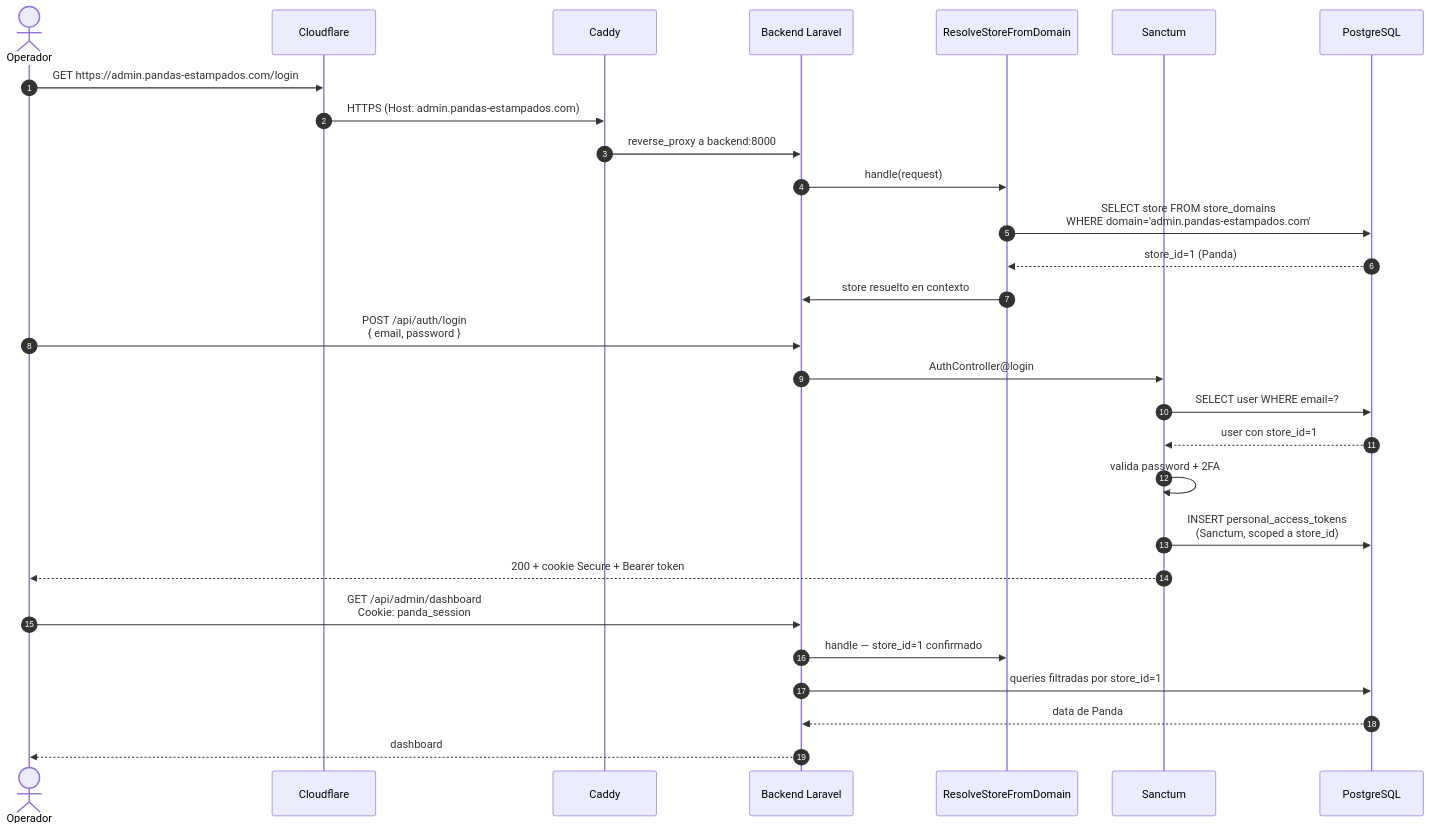
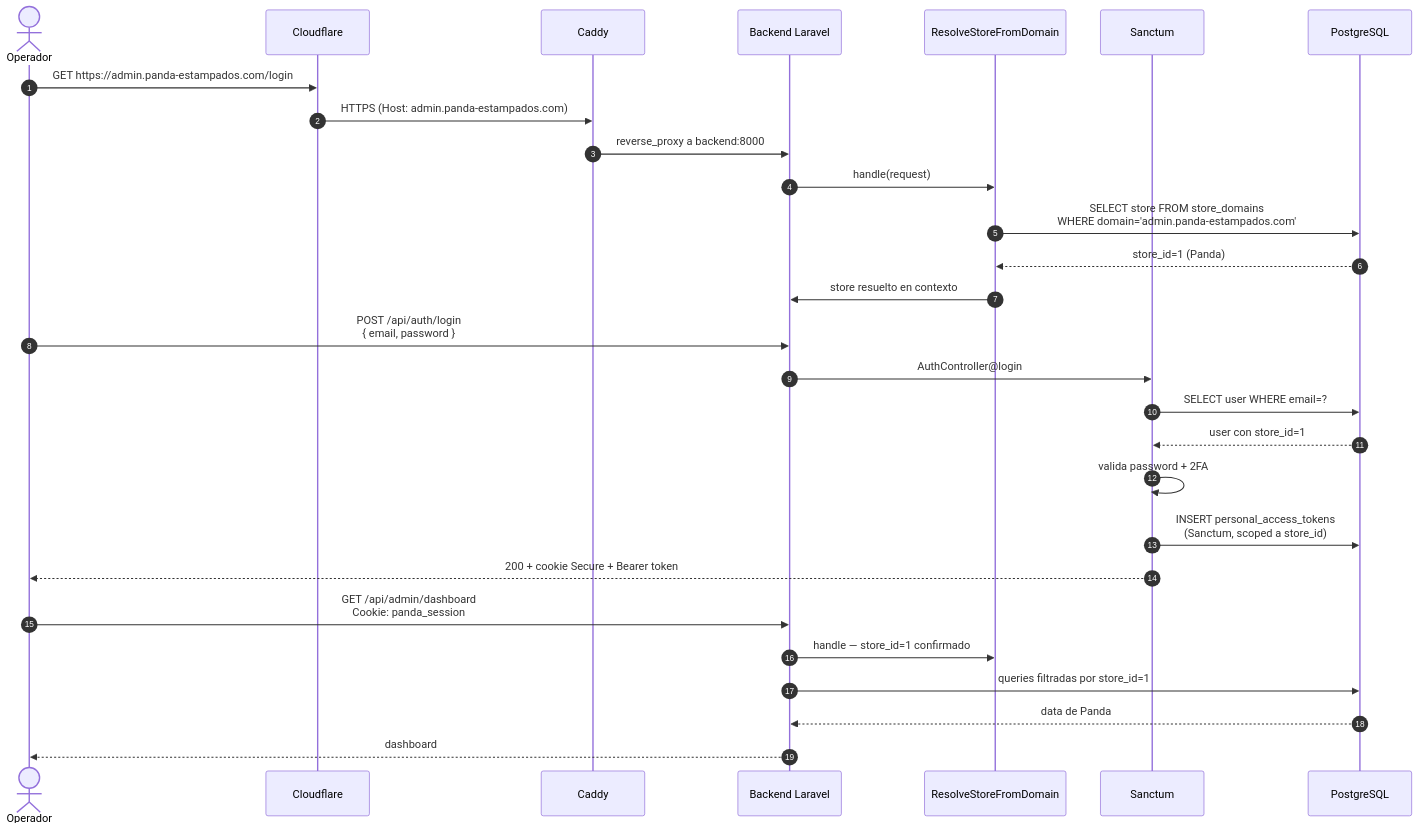
One commit to D4nitrix13/AtlasCommerce changed the third of 4 diagrams in docs/architecture/flow.md. Above: the diagram before and after it, drawn with Mermaid. The commit also changed other lines of this file and 27 other files, not shown here.

````diff
--- a/docs/architecture/flow.md
+++ b/docs/architecture/flow.md
@@ -133,34 +133,34 @@
 ```mermaid
 sequenceDiagram
     autonumber
     actor Admin as Operador
     participant CF as Cloudflare
     participant Caddy as Caddy
     participant BE as Backend Laravel
     participant MW as ResolveStoreFromDomain
     participant Auth as Sanctum
     participant DB as PostgreSQL
 
-    Admin->>CF: GET https://admin.pandas-estampados.com/login
-    CF->>Caddy: HTTPS (Host: admin.pandas-estampados.com)
+    Admin->>CF: GET https://admin.panda-estampados.com/login
+    CF->>Caddy: HTTPS (Host: admin.panda-estampados.com)
     Caddy->>BE: reverse_proxy a backend:8000
 
     BE->>MW: handle(request)
-    MW->>DB: SELECT store FROM store_domains<br/>WHERE domain='admin.pandas-estampados.com'
+    MW->>DB: SELECT store FROM store_domains<br/>WHERE domain='admin.panda-estampados.com'
     DB-->>MW: store_id=1 (Panda)
     MW->>BE: store resuelto en contexto
 
     Admin->>BE: POST /api/auth/login<br/>{ email, password }
     BE->>Auth: AuthController@login
     Auth->>DB: SELECT user WHERE email=?
     DB-->>Auth: user con store_id=1
     Auth->>Auth: valida password + 2FA
     Auth->>DB: INSERT personal_access_tokens<br/>(Sanctum, scoped a store_id)
     Auth-->>Admin: 200 + cookie Secure + Bearer token
 
     Admin->>BE: GET /api/admin/dashboard<br/>Cookie: panda_session
     BE->>MW: handle — store_id=1 confirmado
     BE->>DB: queries filtradas por store_id=1
     DB-->>BE: data de Panda
     BE-->>Admin: dashboard
 ```
````
